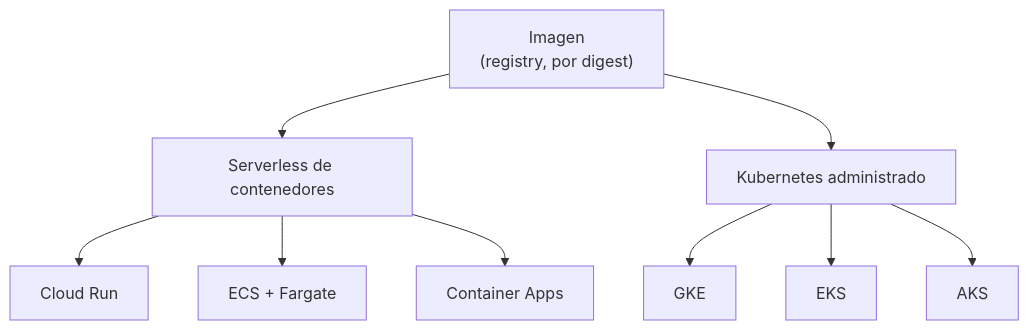
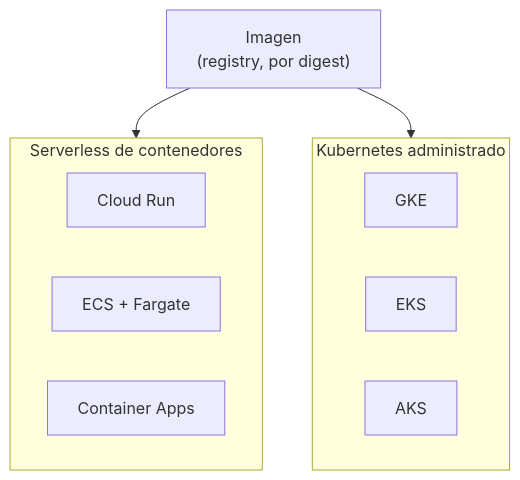
The diagram in content/concepts/container-platforms-by-cloud.md (fcp4891/de-knowledge-hub), drawn with Mermaid before and after one commit. The commit also changed other lines of this file and 20 other files, not shown here.

First line of the commit message:
§9 con el estándar de diagramas: 21 diagramas sobre 8 nodos o 10 aristas, rehechos

````diff
--- a/content/concepts/container-platforms-by-cloud.md
+++ b/content/concepts/container-platforms-by-cloud.md
@@ -181,11 +181,16 @@
 ```mermaid
 flowchart TB
-  I["Imagen<br/>(registry, por digest)"] --> S["Serverless de contenedores"]
-  I --> K["Kubernetes administrado"]
-  S --> CR["Cloud Run"]
-  S --> EF["ECS + Fargate"]
-  S --> CA["Container Apps"]
-  K --> GKE["GKE"]
-  K --> EKS["EKS"]
-  K --> AKS["AKS"]
+  I["Imagen<br/>(registry, por digest)"]
+  subgraph S["Serverless de contenedores"]
+    CR["Cloud Run"]
+    EF["ECS + Fargate"]
+    CA["Container Apps"]
+  end
+  subgraph K["Kubernetes administrado"]
+    GKE["GKE"]
+    EKS["EKS"]
+    AKS["AKS"]
+  end
+  I --> S
+  I --> K
 ```
````
